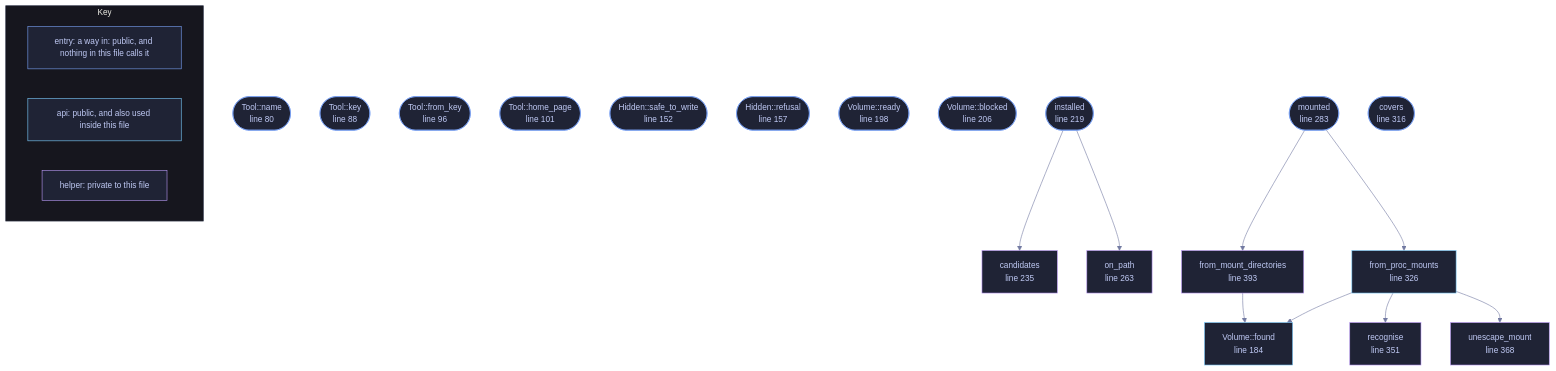
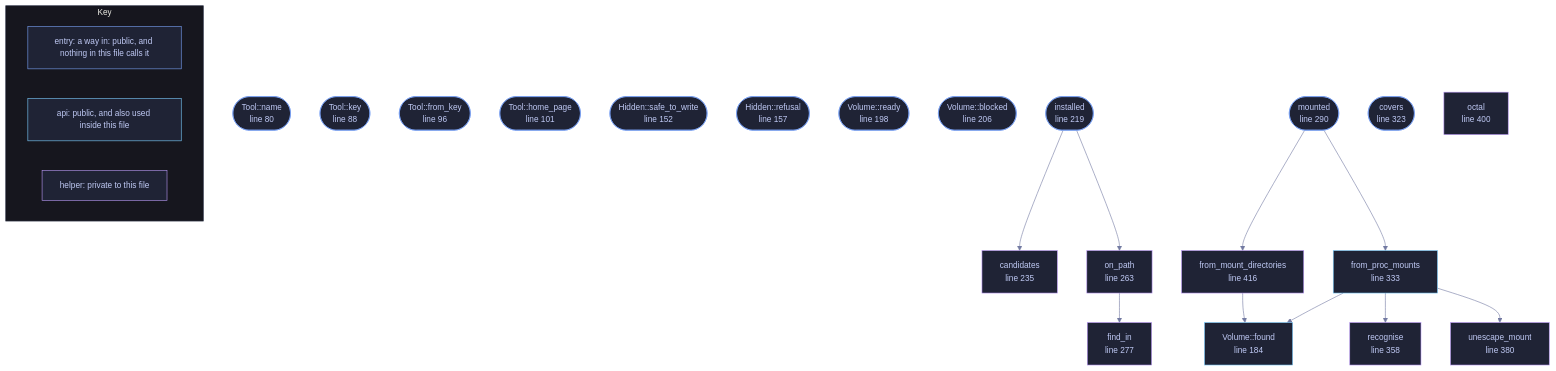
Before and after one commit to tilas01/veilvoice: the diagram in docs/files/veilvoice-setup/volumes.md, drawn with Mermaid. The commit also changed other lines of this file and 514 other files, not shown here.

````diff
--- a/docs/files/veilvoice-setup/volumes.md
+++ b/docs/files/veilvoice-setup/volumes.md
@@ -119,63 +119,68 @@
 ```mermaid
 %%{init: {"theme":"base","themeVariables":{"background":"#1a1b26","primaryColor":"#1f2335","primaryTextColor":"#c0caf5","primaryBorderColor":"#7aa2f7","secondaryColor":"#16161e","tertiaryColor":"#16161e","lineColor":"#737aa2","textColor":"#c0caf5","mainBkg":"#1f2335","nodeBorder":"#7aa2f7","clusterBkg":"#16161e","clusterBorder":"#2f3549","fontFamily":"ui-monospace, SFMono-Regular, Consolas, monospace","fontSize":"14px"}}}%%
 flowchart TD
     n_name(["Tool::name<br/>line 80"])
     n_key(["Tool::key<br/>line 88"])
     n_from_key(["Tool::from_key<br/>line 96"])
     n_home_page(["Tool::home_page<br/>line 101"])
     n_safe_to_write(["Hidden::safe_to_write<br/>line 152"])
     n_refusal(["Hidden::refusal<br/>line 157"])
     n_found["Volume::found<br/>line 184"]
     n_ready(["Volume::ready<br/>line 198"])
     n_blocked(["Volume::blocked<br/>line 206"])
     n_installed(["installed<br/>line 219"])
     n_candidates["candidates<br/>line 235"]
     n_on_path["on_path<br/>line 263"]
-    n_mounted(["mounted<br/>line 283"])
-    n_covers(["covers<br/>line 316"])
-    n_from_proc_mounts["from_proc_mounts<br/>line 326"]
-    n_recognise["recognise<br/>line 351"]
-    n_unescape_mount["unescape_mount<br/>line 368"]
-    n_from_mount_directories["from_mount_directories<br/>line 393"]
+    n_find_in["find_in<br/>line 277"]
+    n_mounted(["mounted<br/>line 290"])
+    n_covers(["covers<br/>line 323"])
+    n_from_proc_mounts["from_proc_mounts<br/>line 333"]
+    n_recognise["recognise<br/>line 358"]
+    n_unescape_mount["unescape_mount<br/>line 380"]
+    n_octal["octal<br/>line 400"]
+    n_from_mount_directories["from_mount_directories<br/>line 416"]
     n_from_mount_directories --> n_found
     n_from_proc_mounts --> n_found
     n_from_proc_mounts --> n_recognise
     n_from_proc_mounts --> n_unescape_mount
     n_installed --> n_candidates
     n_installed --> n_on_path
     n_mounted --> n_from_mount_directories
     n_mounted --> n_from_proc_mounts
+    n_on_path --> n_find_in
     click n_name href "https://github.com/tilas01/veilvoice/blob/main/crates/veilvoice-setup/src/volumes.rs#L80" "open the source"
     click n_key href "https://github.com/tilas01/veilvoice/blob/main/crates/veilvoice-setup/src/volumes.rs#L88" "open the source"
     click n_from_key href "https://github.com/tilas01/veilvoice/blob/main/crates/veilvoice-setup/src/volumes.rs#L96" "open the source"
     click n_home_page href "https://github.com/tilas01/veilvoice/blob/main/crates/veilvoice-setup/src/volumes.rs#L101" "open the source"
     click n_safe_to_write href "https://github.com/tilas01/veilvoice/blob/main/crates/veilvoice-setup/src/volumes.rs#L152" "open the source"
     click n_refusal href "https://github.com/tilas01/veilvoice/blob/main/crates/veilvoice-setup/src/volumes.rs#L157" "open the source"
     click n_found href "https://github.com/tilas01/veilvoice/blob/main/crates/veilvoice-setup/src/volumes.rs#L184" "open the source"
     click n_ready href "https://github.com/tilas01/veilvoice/blob/main/crates/veilvoice-setup/src/volumes.rs#L198" "open the source"
     click n_blocked href "https://github.com/tilas01/veilvoice/blob/main/crates/veilvoice-setup/src/volumes.rs#L206" "open the source"
     click n_installed href "https://github.com/tilas01/veilvoice/blob/main/crates/veilvoice-setup/src/volumes.rs#L219" "open the source"
     click n_candidates href "https://github.com/tilas01/veilvoice/blob/main/crates/veilvoice-setup/src/volumes.rs#L235" "open the source"
     click n_on_path href "https://github.com/tilas01/veilvoice/blob/main/crates/veilvoice-setup/src/volumes.rs#L263" "open the source"
-    click n_mounted href "https://github.com/tilas01/veilvoice/blob/main/crates/veilvoice-setup/src/volumes.rs#L283" "open the source"
-    click n_covers href "https://github.com/tilas01/veilvoice/blob/main/crates/veilvoice-setup/src/volumes.rs#L316" "open the source"
-    click n_from_proc_mounts href "https://github.com/tilas01/veilvoice/blob/main/crates/veilvoice-setup/src/volumes.rs#L326" "open the source"
-    click n_recognise href "https://github.com/tilas01/veilvoice/blob/main/crates/veilvoice-setup/src/volumes.rs#L351" "open the source"
-    click n_unescape_mount href "https://github.com/tilas01/veilvoice/blob/main/crates/veilvoice-setup/src/volumes.rs#L368" "open the source"
-    click n_from_mount_directories href "https://github.com/tilas01/veilvoice/blob/main/crates/veilvoice-setup/src/volumes.rs#L393" "open the source"
+    click n_find_in href "https://github.com/tilas01/veilvoice/blob/main/crates/veilvoice-setup/src/volumes.rs#L277" "open the source"
+    click n_mounted href "https://github.com/tilas01/veilvoice/blob/main/crates/veilvoice-setup/src/volumes.rs#L290" "open the source"
+    click n_covers href "https://github.com/tilas01/veilvoice/blob/main/crates/veilvoice-setup/src/volumes.rs#L323" "open the source"
+    click n_from_proc_mounts href "https://github.com/tilas01/veilvoice/blob/main/crates/veilvoice-setup/src/volumes.rs#L333" "open the source"
+    click n_recognise href "https://github.com/tilas01/veilvoice/blob/main/crates/veilvoice-setup/src/volumes.rs#L358" "open the source"
+    click n_unescape_mount href "https://github.com/tilas01/veilvoice/blob/main/crates/veilvoice-setup/src/volumes.rs#L380" "open the source"
+    click n_octal href "https://github.com/tilas01/veilvoice/blob/main/crates/veilvoice-setup/src/volumes.rs#L400" "open the source"
+    click n_from_mount_directories href "https://github.com/tilas01/veilvoice/blob/main/crates/veilvoice-setup/src/volumes.rs#L416" "open the source"
     classDef entry fill:#1f2335,stroke:#7aa2f7,color:#c0caf5
     class n_name,n_key,n_from_key,n_home_page,n_safe_to_write,n_refusal,n_ready,n_blocked,n_installed,n_mounted,n_covers entry
     classDef api fill:#1f2335,stroke:#7dcfff,color:#c0caf5
     class n_found,n_from_proc_mounts api
     classDef helper fill:#1f2335,stroke:#bb9af7,color:#c0caf5
-    class n_candidates,n_on_path,n_recognise,n_unescape_mount,n_from_mount_directories helper
+    class n_candidates,n_on_path,n_find_in,n_recognise,n_unescape_mount,n_octal,n_from_mount_directories helper
     subgraph chart_key ["Key"]
         direction LR
         key_entry["entry: a way in: public, and nothing in this file calls it"]
         key_api["api: public, and also used inside this file"]
         key_helper["helper: private to this file"]
     end
     class key_entry entry
     class key_api api
     class key_helper helper
 ```
````
